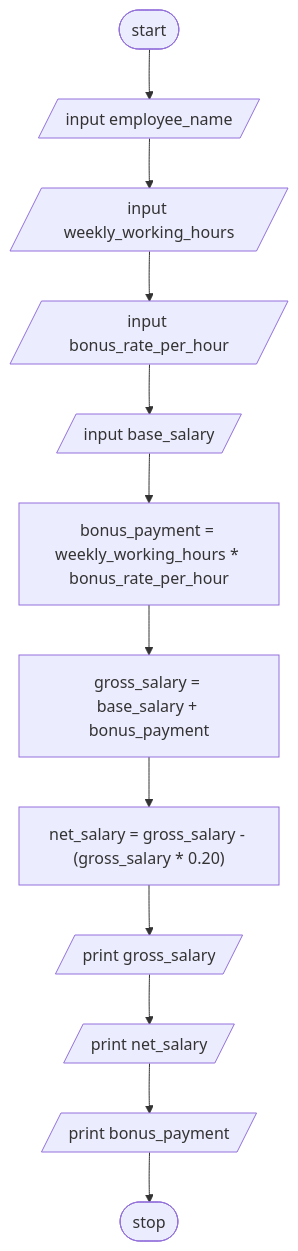
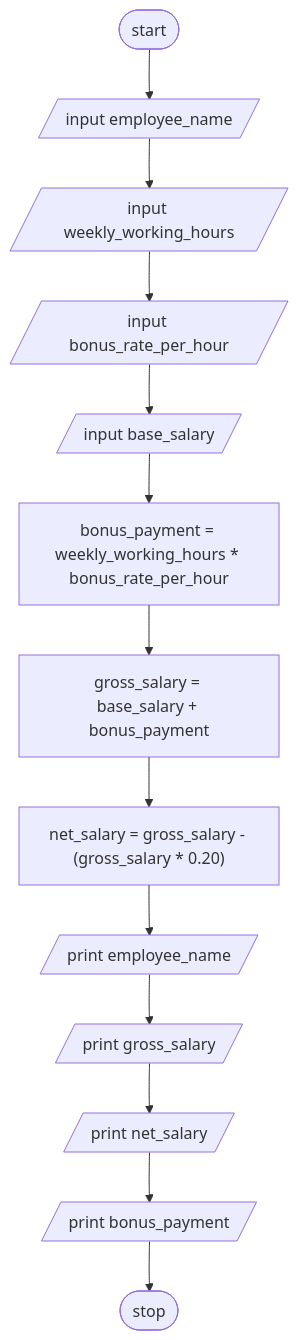
The diagram in ETS0837_Kirubel_Lemma/Salary_Calculator.md (SWEG-2016EC-Batch/The-5-Bits), drawn with Mermaid before and after one commit. The commit also changed other lines of this file, not shown here.

````diff
--- a/ETS0837_Kirubel_Lemma/Salary_Calculator.md
+++ b/ETS0837_Kirubel_Lemma/Salary_Calculator.md
@@ -16,14 +16,15 @@
 ```mermaid
 flowchart TD
     start([start]) --> input[/input employee_name/]
     input --> input0[/input weekly_working_hours/]
     input0 --> input1[/input bonus_rate_per_hour/]
     input1 --> input2[/input base_salary/]
     input2 --> process[bonus_payment = weekly_working_hours * bonus_rate_per_hour]
     process --> process0[gross_salary = base_salary + bonus_payment]
     process0 --> process1["net_salary = gross_salary - (gross_salary * 0.20)"]
-    process1 --> print[/print gross_salary/]
+    process1 --> print2[/print employee_name/]
+    print2 --> print[/print gross_salary/]
     print --> print0[/print net_salary/]
     print0 --> print1[/print bonus_payment/]
     print1 --> stop([stop])
 ```
````
